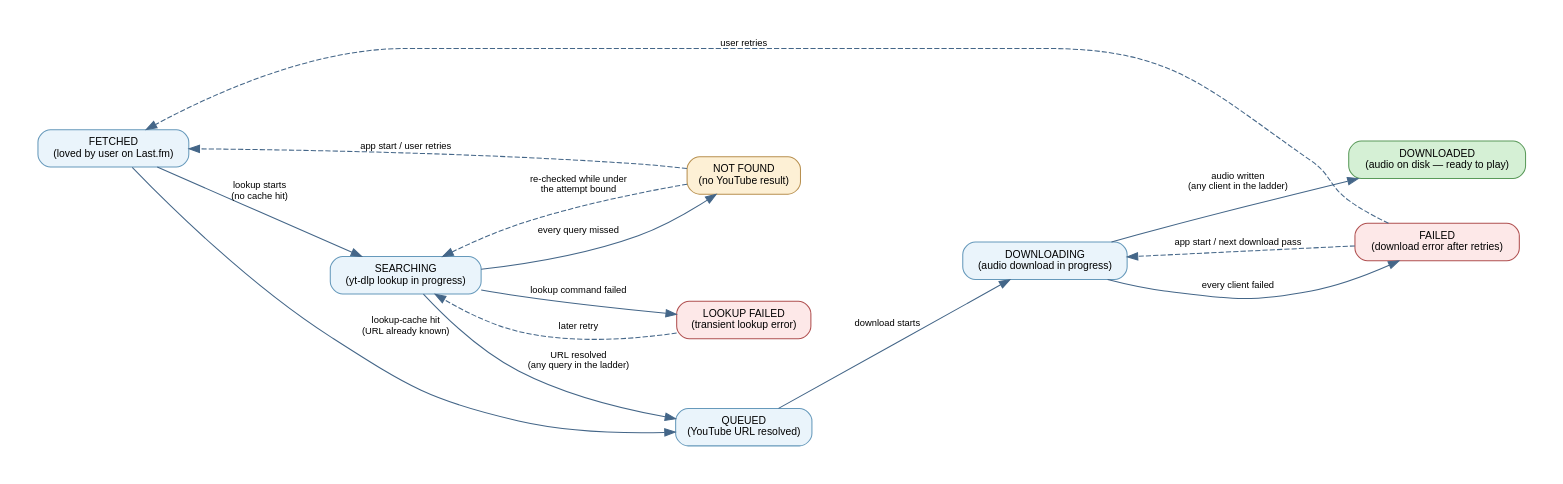
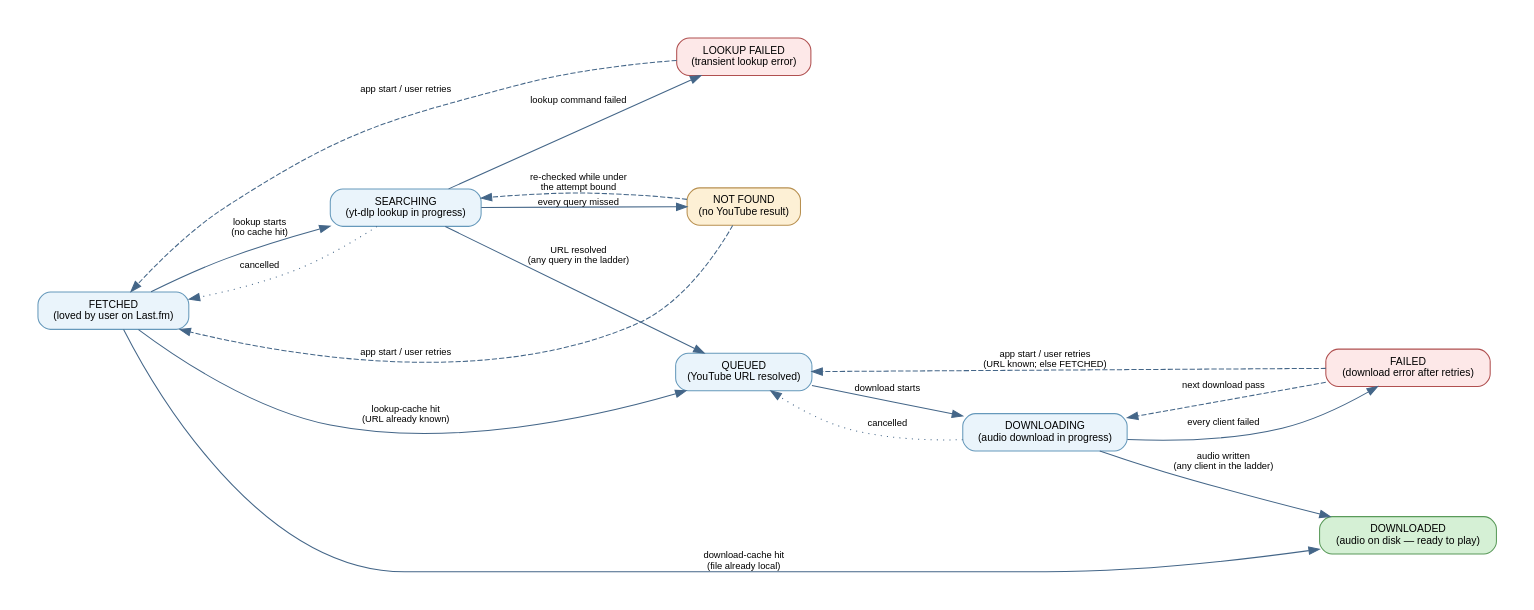
The fourth of 6 diagrams in docs/architecture.rst (marcelpetrick/myLastFmPlayer), drawn with Graphviz before and after one commit. The commit also changed other lines of this file and 20 other files, not shown here.

First line of the commit message:
docs: review all Markdown, refresh architecture; pin UI construction by snapshots (v0.0.209)

```diff
--- a/docs/architecture.rst
+++ b/docs/architecture.rst
@@ -234,37 +247,41 @@
 .. graphviz::
    :caption: Track state machine
 
    digraph track_states {
        graph [rankdir=LR, pad=0.4, nodesep=0.6, ranksep=1.0];
        node [shape=box, style="rounded,filled", fontname="Helvetica", fontsize=10,
              fillcolor="#eaf4fb", color="#6699bb"];
        edge [fontname="Helvetica", fontsize=9, color="#446688"];
 
        FETCHED     [label="FETCHED\n(loved by user on Last.fm)"];
        SEARCHING   [label="SEARCHING\n(yt-dlp lookup in progress)"];
        LOOKUP_FAILED [label="LOOKUP FAILED\n(transient lookup error)",
                       fillcolor="#fde8e8", color="#b05050"];
        QUEUED      [label="QUEUED\n(YouTube URL resolved)"];
        DOWNLOADING [label="DOWNLOADING\n(audio download in progress)"];
        DOWNLOADED  [label="DOWNLOADED\n(audio on disk — ready to play)",
                     fillcolor="#d5f0d5", color="#5a9a5a"];
        NOT_FOUND   [label="NOT FOUND\n(no YouTube result)",
                     fillcolor="#fdf0d5", color="#b89050"];
        FAILED      [label="FAILED\n(download error after retries)",
                     fillcolor="#fde8e8", color="#b05050"];
 
        FETCHED     -> SEARCHING   [label="lookup starts\n(no cache hit)"];
        FETCHED     -> QUEUED      [label="lookup-cache hit\n(URL already known)"];
+       FETCHED     -> DOWNLOADED  [label="download-cache hit\n(file already local)"];
        SEARCHING   -> QUEUED      [label="URL resolved\n(any query in the ladder)"];
        SEARCHING   -> LOOKUP_FAILED [label="lookup command failed"];
        SEARCHING   -> NOT_FOUND   [label="every query missed"];
-       LOOKUP_FAILED -> SEARCHING [label="later retry", style=dashed];
+       SEARCHING   -> FETCHED     [label="cancelled", style=dotted];
+       LOOKUP_FAILED -> FETCHED   [label="app start / user retries", style=dashed];
        QUEUED      -> DOWNLOADING [label="download starts"];
        DOWNLOADING -> DOWNLOADED  [label="audio written\n(any client in the ladder)"];
        DOWNLOADING -> FAILED      [label="every client failed"];
+       DOWNLOADING -> QUEUED      [label="cancelled", style=dotted];
        NOT_FOUND   -> SEARCHING   [label="re-checked while under\nthe attempt bound",
                                    style=dashed];
        NOT_FOUND   -> FETCHED     [label="app start / user retries", style=dashed];
-       FAILED      -> DOWNLOADING [label="app start / next download pass", style=dashed];
-       FAILED      -> FETCHED     [label="user retries", style=dashed];
+       FAILED      -> DOWNLOADING [label="next download pass", style=dashed];
+       FAILED      -> QUEUED      [label="app start / user retries\n(URL known; else FETCHED)",
+                                   style=dashed];
    }
```
